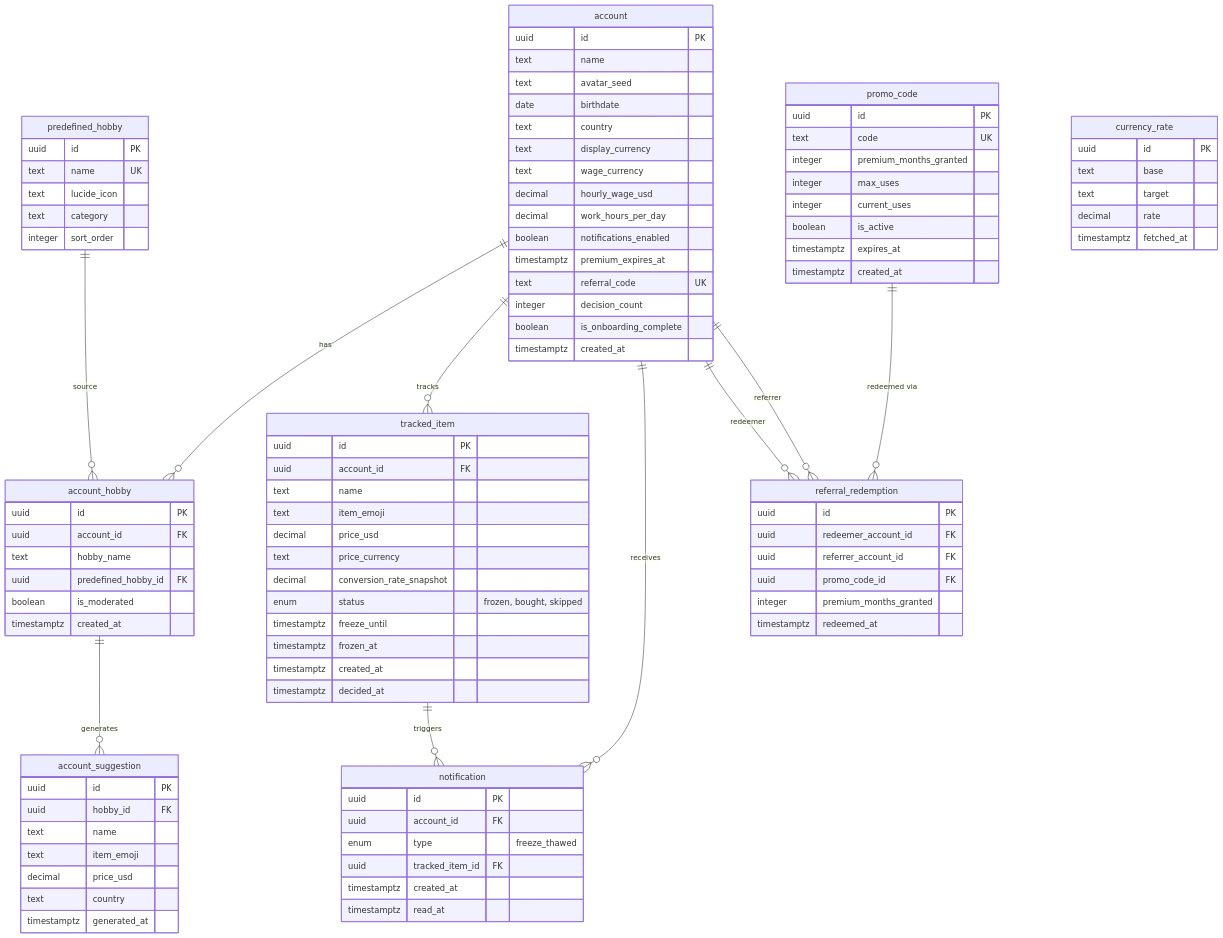
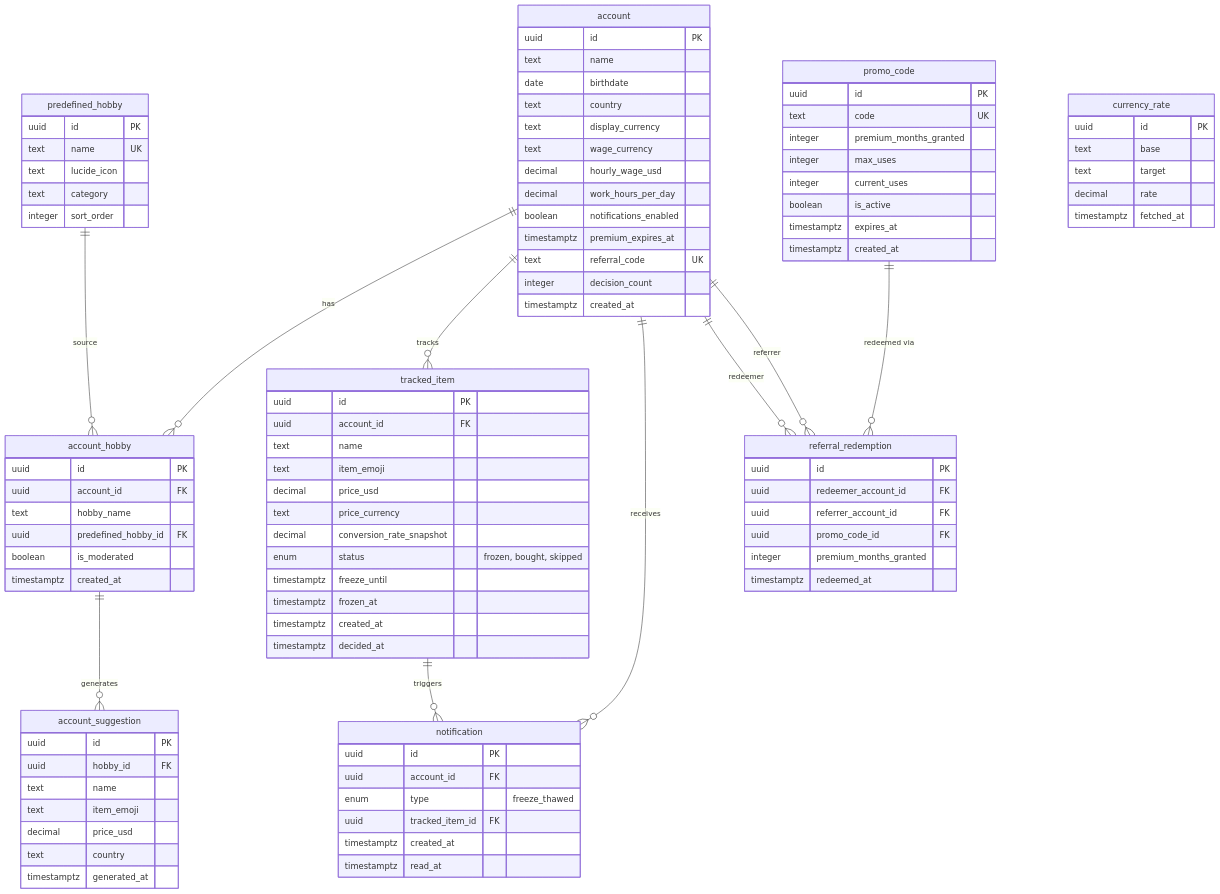
The diagram in docs/decisions/ADR-004.md (vojtechsanda/bad-buy), drawn with Mermaid before and after one commit. The commit also changed other lines of this file and 9 other files, not shown here.

```diff
--- a/docs/decisions/ADR-004.md
+++ b/docs/decisions/ADR-004.md
@@ -26,7 +26,6 @@
     account {
         uuid id PK
         text name
-        text avatar_seed
         date birthdate
         text country
         text display_currency
@@ -37,7 +36,6 @@
         timestamptz premium_expires_at
         text referral_code UK
         integer decision_count
-        boolean is_onboarding_complete
         timestamptz created_at
     }
 
```
